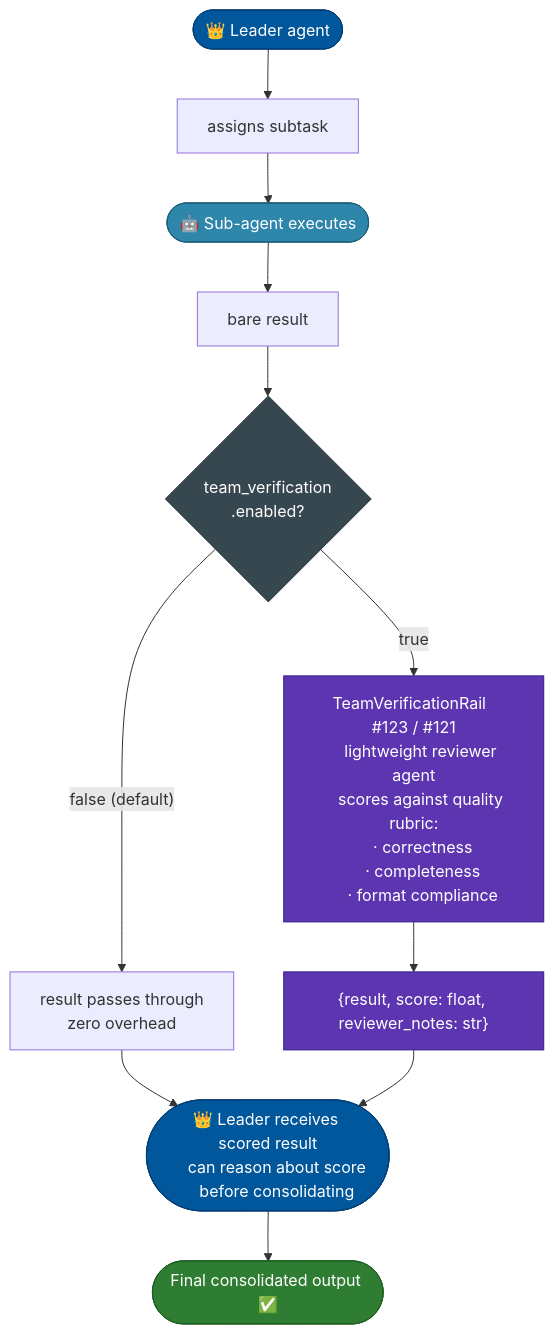
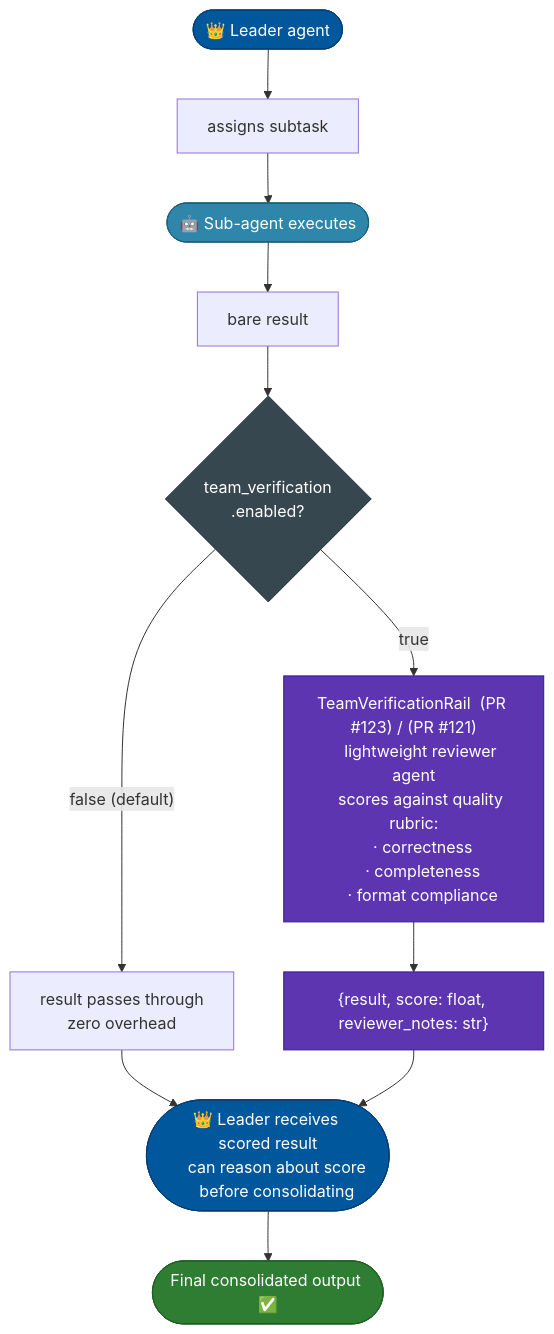
The eighth of 8 diagrams in docs-michael/Implementation.Overview.md (michaelatamuk/openjiuwen-jiuwenswarm), drawn with Mermaid before and after one commit. The commit also changed other lines of this file, not shown here.

````diff
--- a/docs-michael/Implementation.Overview.md
+++ b/docs-michael/Implementation.Overview.md
@@ -1193,38 +1193,38 @@
 ```mermaid
 flowchart TD
     classDef leader fill:#01579B,color:#fff,stroke:#003c74
     classDef sub    fill:#2E86AB,color:#fff,stroke:#1a5f7a
     classDef rev    fill:#5E35B1,color:#fff,stroke:#311B92
     classDef done   fill:#2E7D32,color:#fff,stroke:#1B5E20
     classDef cfg    fill:#37474F,color:#fff,stroke:#263238
 
     LEADER(["👑 Leader agent"]):::leader
 
     LEADER --> ASSIGN["assigns subtask"]
 
     ASSIGN --> SUB(["🤖 Sub-agent executes"]):::sub
 
     SUB --> RESULT["bare result"]
 
     RESULT --> CFG{"team_verification
     .enabled?"}:::cfg
 
     CFG -->|"false (default)"| PASS["result passes through
     zero overhead"]
     PASS --> RECV
 
-    CFG -->|"true"| REV["TeamVerificationRail  #123 / #121
+    CFG -->|"true"| REV["TeamVerificationRail  (PR #123) / (PR #121)
     lightweight reviewer agent
     scores against quality rubric:
     · correctness
     · completeness
     · format compliance"]:::rev
 
     REV --> SCORED["{result, score: float, reviewer_notes: str}"]:::rev
 
     SCORED --> RECV(["👑 Leader receives scored result
     can reason about score
     before consolidating"]):::leader
 
     RECV --> CONSOLIDATE(["Final consolidated output ✅"]):::done
 ```
````
